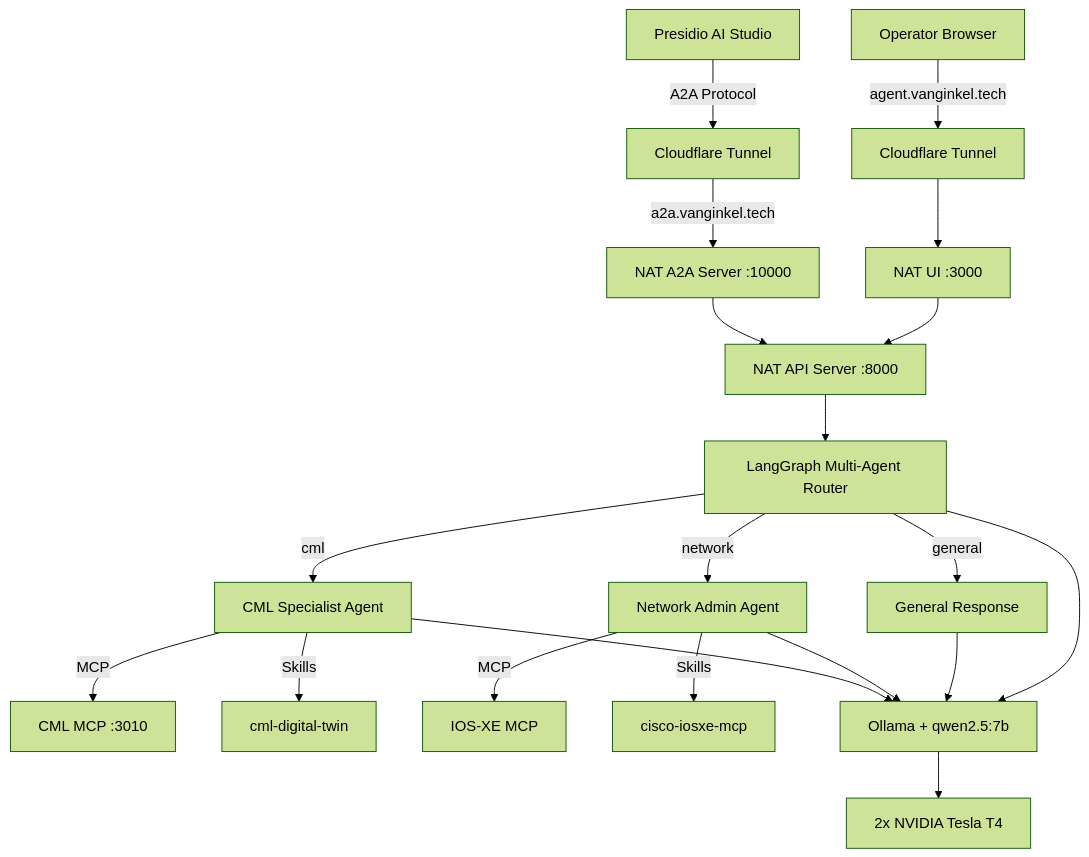
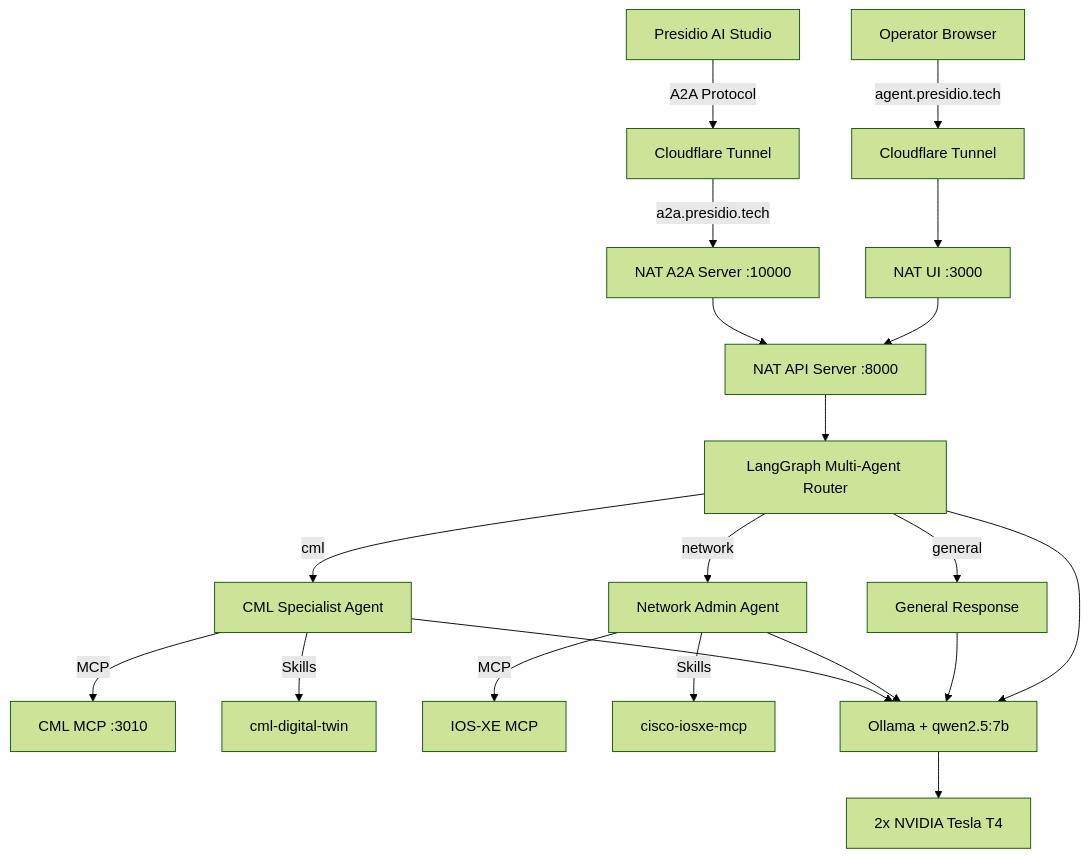
One commit to Presidio-Federal/nvidia-a2a-agent changed the second of 5 diagrams in README.md. Above: the diagram before and after it, drawn with Mermaid (forest theme). The commit also changed other lines of this file, not shown here.

````diff
--- a/README.md
+++ b/README.md
@@ -50,28 +50,28 @@
 ```mermaid
 flowchart TB
     AIStudio["Presidio AI Studio"] -->|"A2A Protocol"| CF["Cloudflare Tunnel"]
-    CF -->|"a2a.vanginkel.tech"| A2A["NAT A2A Server :10000"]
+    CF -->|"a2a.presidio.tech"| A2A["NAT A2A Server :10000"]
     A2A --> NATServe["NAT API Server :8000"]
 
-    Browser["Operator Browser"] -->|"agent.vanginkel.tech"| CF2["Cloudflare Tunnel"]
+    Browser["Operator Browser"] -->|"agent.presidio.tech"| CF2["Cloudflare Tunnel"]
     CF2 --> NATUI["NAT UI :3000"]
     NATUI --> NATServe
 
     NATServe --> Graph["LangGraph Multi-Agent Router"]
 
     Graph -->|"cml"| CMLAgent["CML Specialist Agent"]
     Graph -->|"network"| NetAgent["Network Admin Agent"]
     Graph -->|"general"| GenAgent["General Response"]
 
     CMLAgent -->|"MCP"| CMLMCP["CML MCP :3010"]
     CMLAgent -->|"Skills"| CMLSkill["cml-digital-twin"]
     NetAgent -->|"MCP"| IOSXE["IOS-XE MCP"]
     NetAgent -->|"Skills"| NetSkill["cisco-iosxe-mcp"]
 
     CMLAgent --> Ollama["Ollama + qwen2.5:7b"]
     NetAgent --> Ollama
     GenAgent --> Ollama
     Graph --> Ollama
 
     Ollama --> GPU["2x NVIDIA Tesla T4"]
 ```
````
